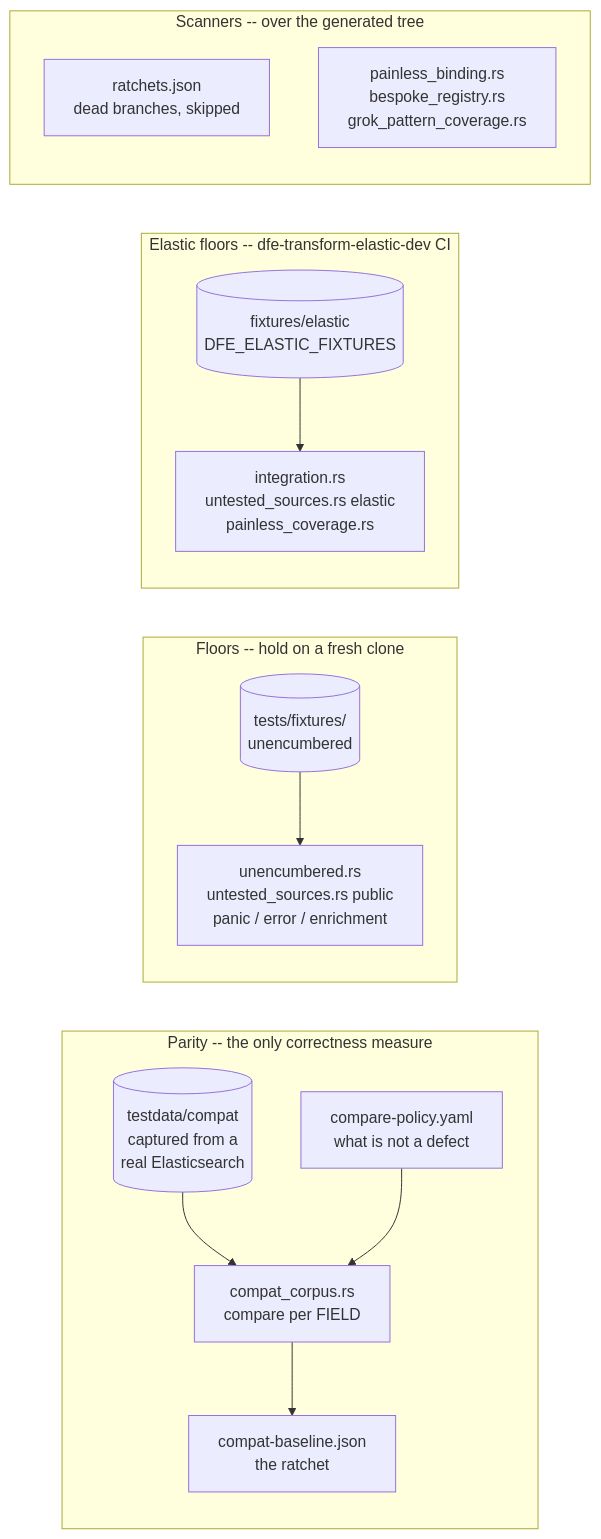
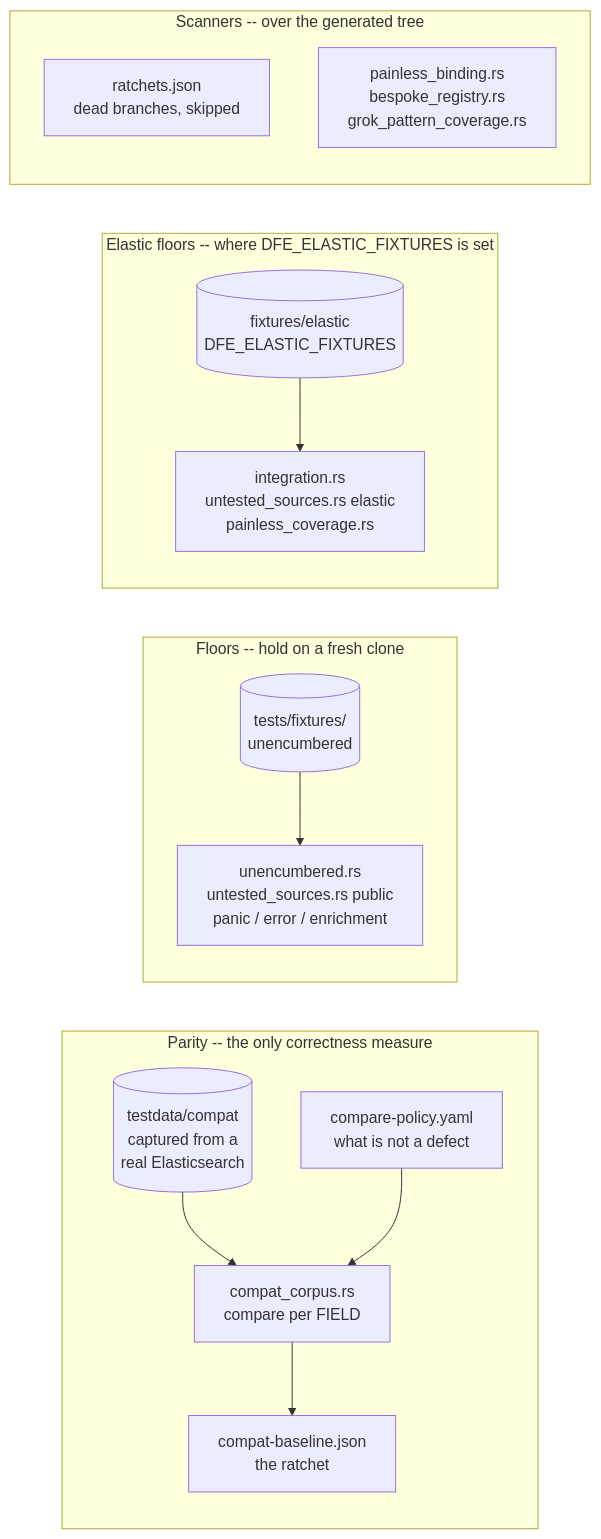
One commit to hyperi-io/dfe-transform-elastic changed the diagram in docs/testing.md. Above: the diagram before and after it, drawn with Mermaid. The commit also changed other lines of this file and 19 other files, not shown here.

````diff
--- a/docs/testing.md
+++ b/docs/testing.md
@@ -10,30 +10,30 @@
 ```mermaid
 flowchart LR
     subgraph "Parity -- the only correctness measure"
         corpus[(testdata/compat<br/>captured from a<br/>real Elasticsearch)]
         cc[compat_corpus.rs<br/>compare per FIELD]
         policy[compare-policy.yaml<br/>what is not a defect]
         base[compat-baseline.json<br/>the ratchet]
     end
 
     subgraph "Floors -- hold on a fresh clone"
         fixtures[(tests/fixtures/<br/>unencumbered)]
         floors[unencumbered.rs<br/>untested_sources.rs public<br/>panic / error / enrichment]
     end
 
-    subgraph "Elastic floors -- dfe-transform-elastic-dev CI"
+    subgraph "Elastic floors -- where DFE_ELASTIC_FIXTURES is set"
         elastic[(fixtures/elastic<br/>DFE_ELASTIC_FIXTURES)]
         efloors[integration.rs<br/>untested_sources.rs elastic<br/>painless_coverage.rs]
     end
 
     subgraph "Scanners -- over the generated tree"
         ratchets[ratchets.json<br/>dead branches, skipped]
         binding[painless_binding.rs<br/>bespoke_registry.rs<br/>grok_pattern_coverage.rs]
     end
 
     corpus --> cc
     policy --> cc
     cc --> base
     fixtures --> floors
     elastic --> efloors
 ```
````
